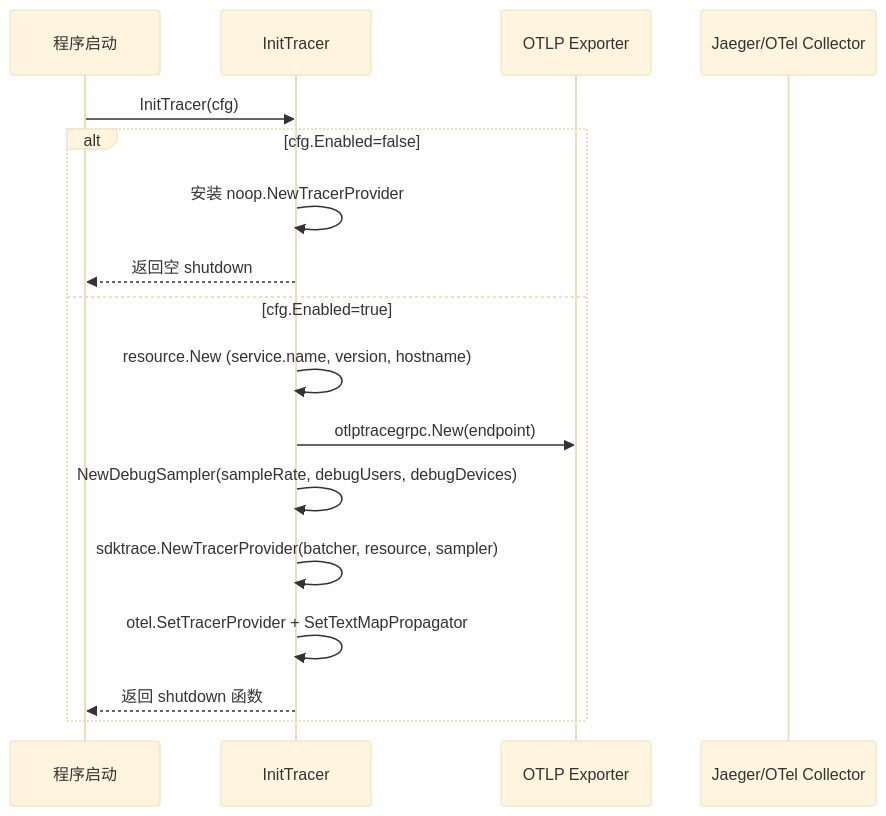
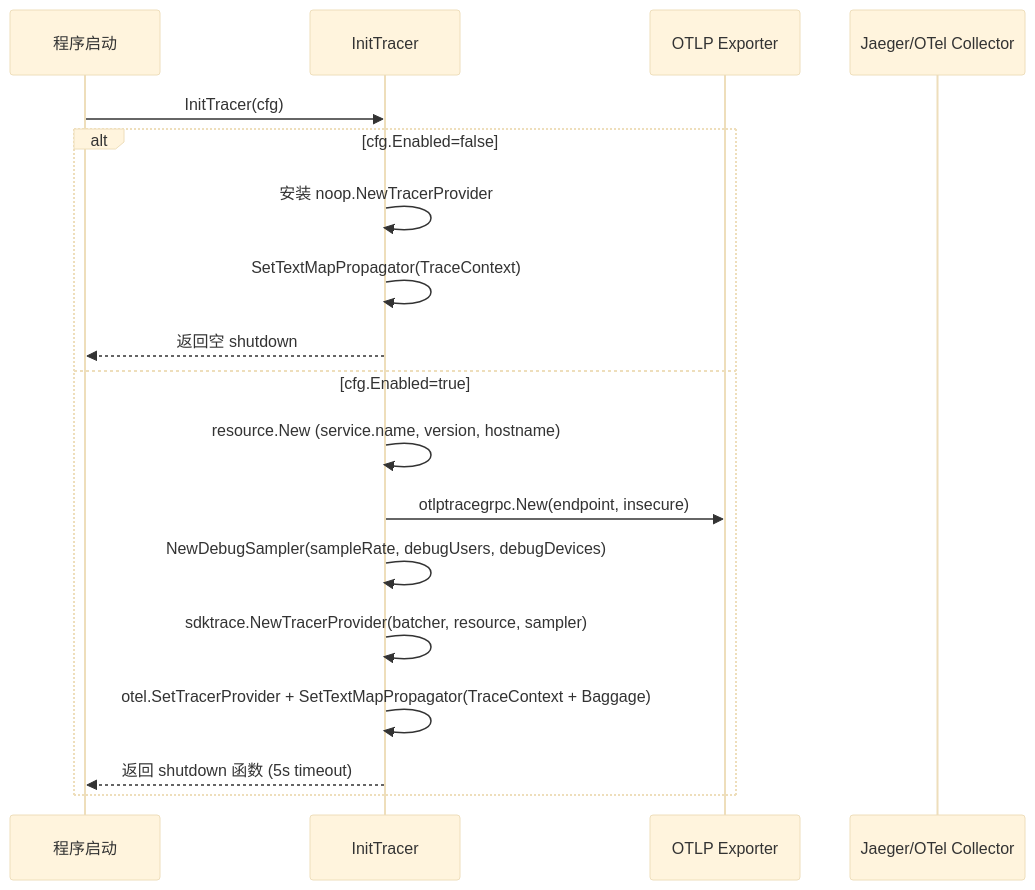
One commit to PineappleBond/xyncra-server changed the ninth of 14 diagrams in wiki/flows/cli-observability.md. Above: the diagram before and after it, drawn with Mermaid (base theme). The commit also changed other lines of this file and 21 other files, not shown here.

````diff
--- a/wiki/flows/cli-observability.md
+++ b/wiki/flows/cli-observability.md
@@ -517,21 +497,22 @@
 ```mermaid
 sequenceDiagram
     participant App as 程序启动
     participant Tracer as InitTracer
     participant OTLP as OTLP Exporter
     participant Collector as Jaeger/OTel Collector
 
     App->>Tracer: InitTracer(cfg)
 
     alt cfg.Enabled=false
         Tracer->>Tracer: 安装 noop.NewTracerProvider
+        Tracer->>Tracer: SetTextMapPropagator(TraceContext)
         Tracer-->>App: 返回空 shutdown
     else cfg.Enabled=true
         Tracer->>Tracer: resource.New (service.name, version, hostname)
-        Tracer->>OTLP: otlptracegrpc.New(endpoint)
+        Tracer->>OTLP: otlptracegrpc.New(endpoint, insecure)
         Tracer->>Tracer: NewDebugSampler(sampleRate, debugUsers, debugDevices)
         Tracer->>Tracer: sdktrace.NewTracerProvider(batcher, resource, sampler)
-        Tracer->>Tracer: otel.SetTracerProvider + SetTextMapPropagator
-        Tracer-->>App: 返回 shutdown 函数
+        Tracer->>Tracer: otel.SetTracerProvider + SetTextMapPropagator(TraceContext + Baggage)
+        Tracer-->>App: 返回 shutdown 函数 (5s timeout)
     end
 ```
````
